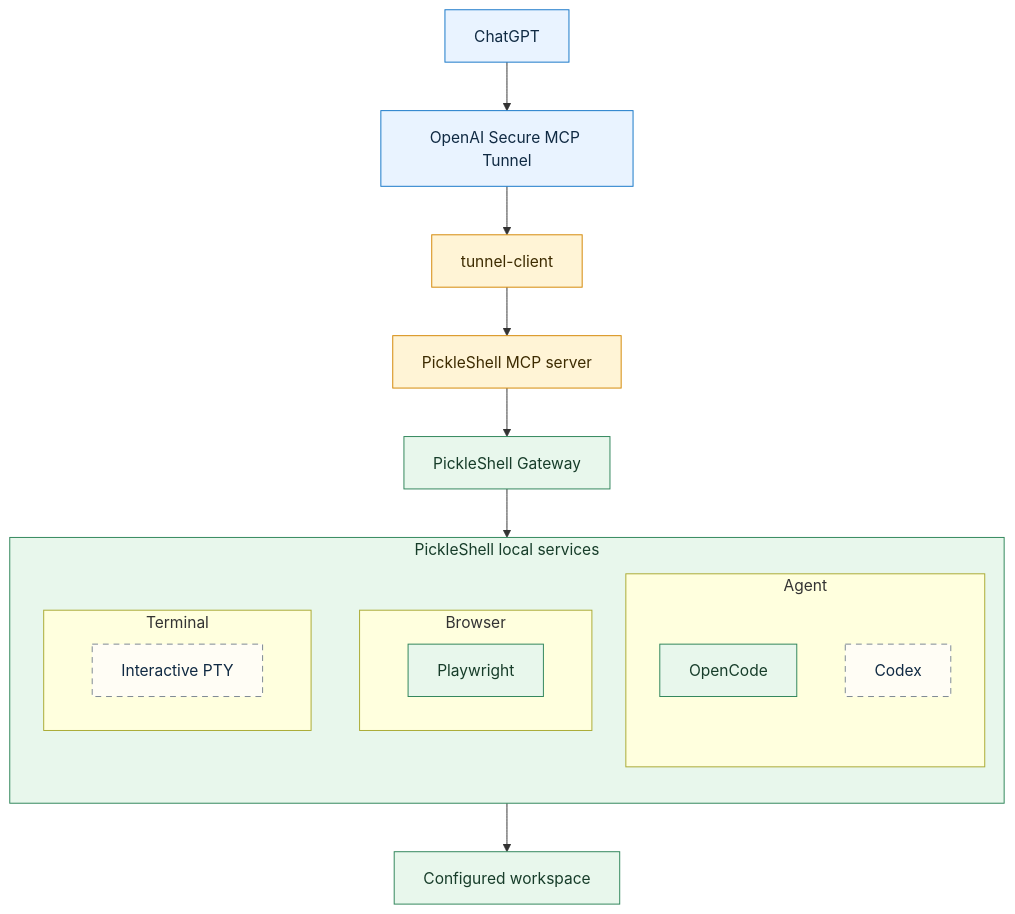
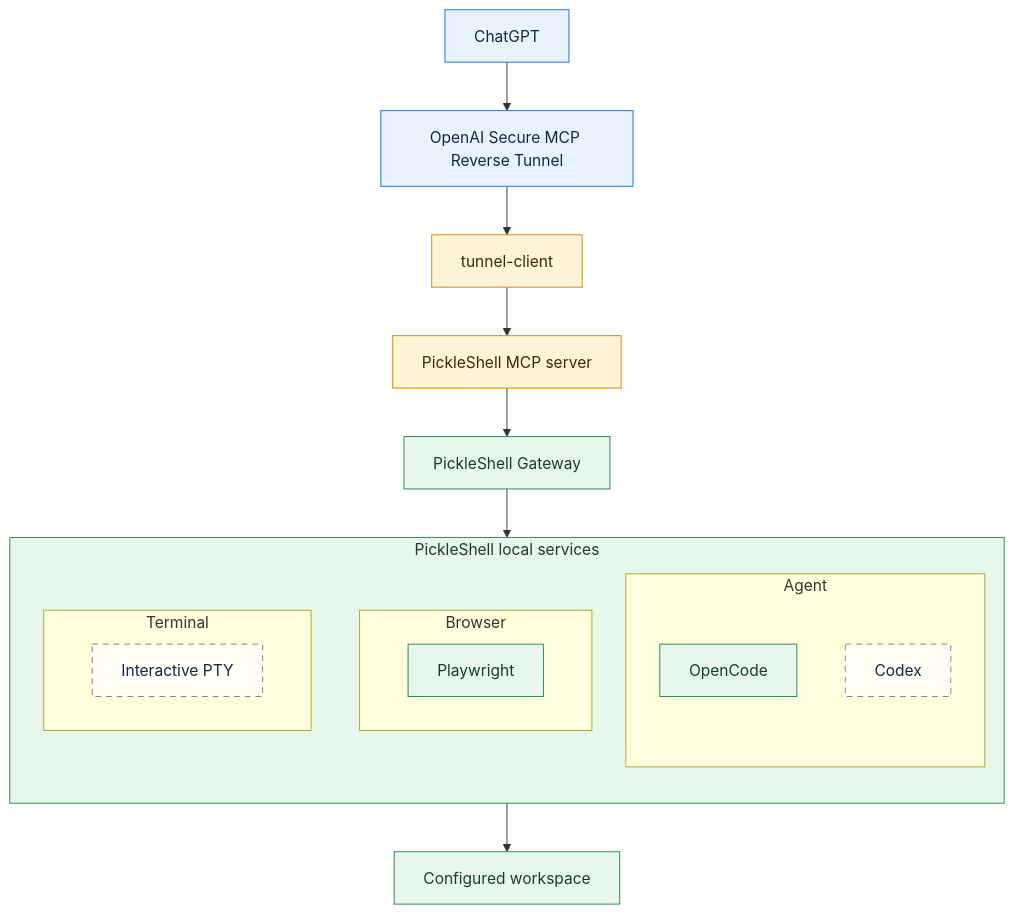
Before and after one commit to pickleshell/pickleshell: the first of 2 diagrams in README.md, drawn with Mermaid. The commit also changed other lines of this file, not shown here.

Commit message:
docs: clarify reverse tunnel and service order

````diff
--- a/README.md
+++ b/README.md
@@ -100,33 +100,33 @@
 ```mermaid
 flowchart TD
-    A["ChatGPT"] --> B["OpenAI Secure MCP Tunnel"]
+    A["ChatGPT"] --> B["OpenAI Secure MCP Reverse Tunnel"]
     B --> C["tunnel-client"]
     C --> D["PickleShell MCP server"]
     D --> E["PickleShell Gateway"]
 
     subgraph SVC["PickleShell local services"]
         direction TB
         subgraph SVCA["Agent"]
             OC["OpenCode"]:::impl
             CX["Codex"]:::planned
         end
         subgraph SVCB["Browser"]
             PW["Playwright"]:::impl
         end
         subgraph SVCT["Terminal"]
             TTY["Interactive PTY"]:::planned
         end
     end
 
     E --> SVC
     OC --> WS["Configured workspace"]
 
     classDef cloud fill:#e9f3ff,stroke:#1677c8,color:#102a43
     classDef bridge fill:#fff4d6,stroke:#d48806,color:#3d2b00
     classDef local fill:#e8f7ec,stroke:#2f855a,color:#173d2a
     classDef impl fill:#e8f7ec,stroke:#2f855a,color:#173d2a
     classDef planned fill:#fffdf5,stroke:#7b8794,color:#102a43,stroke-dasharray: 6 5
     class A,B cloud
     class C,D bridge
     class E,SVC,WS local
 ```
````
